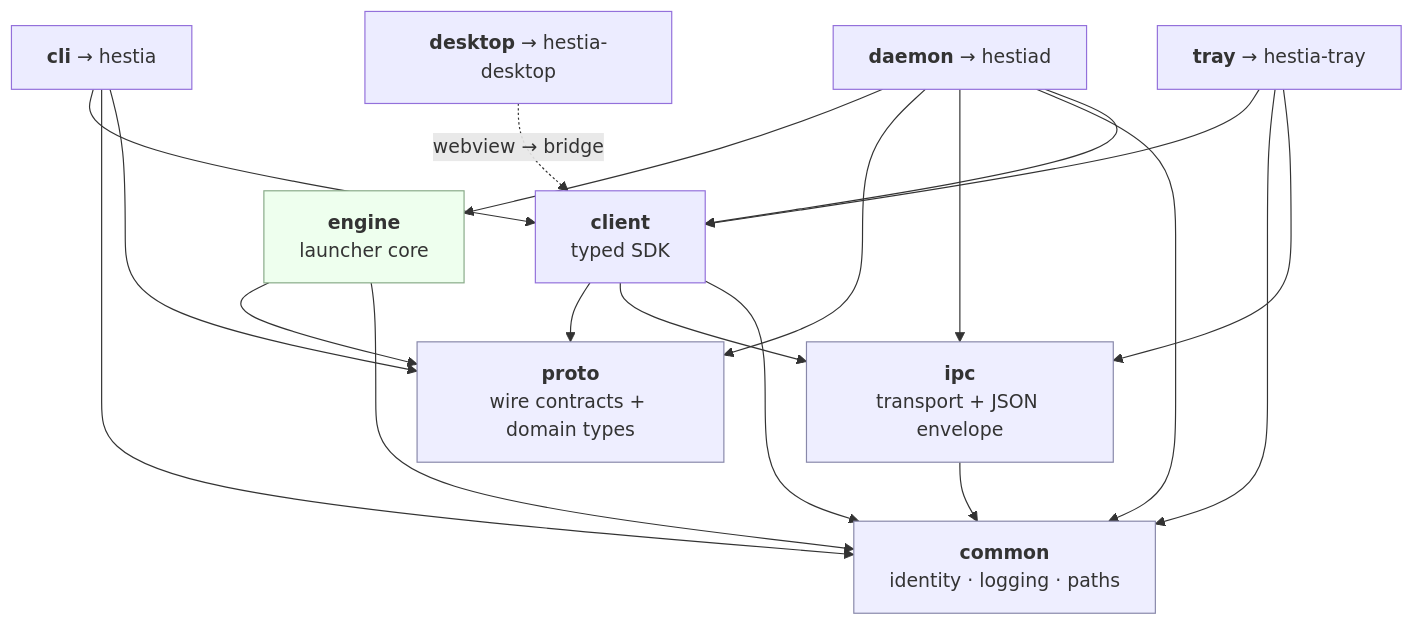
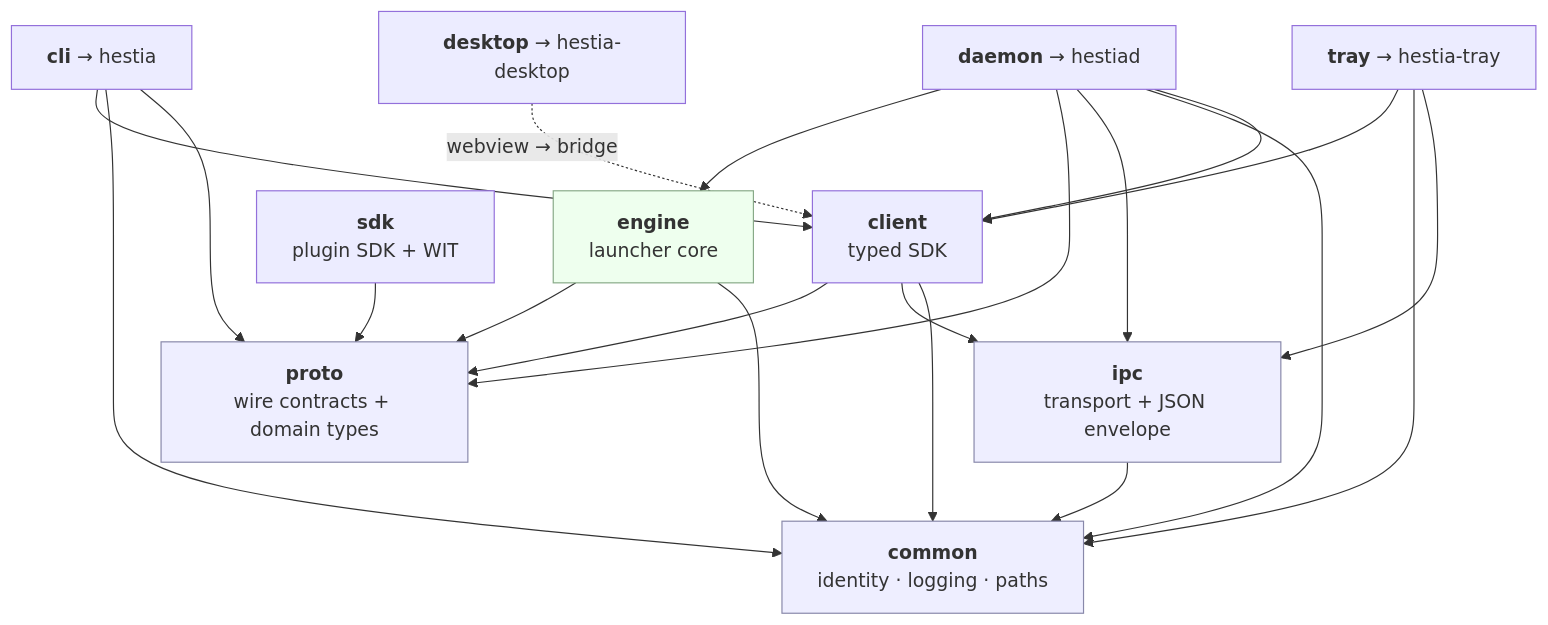
Before and after one commit to prytaneum/hestia: the second of 3 diagrams in docs/architecture.md, drawn with Mermaid. The commit also changed other lines of this file and 1 other file, not shown here.

Commit message:
docs(plugins): add the plugins architecture page

````diff
--- a/docs/architecture.md
+++ b/docs/architecture.md
@@ -71,25 +71,27 @@
 ```mermaid
 flowchart TD
     proto["<b>proto</b><br/>wire contracts + domain types"]
     ipc["<b>ipc</b><br/>transport + JSON envelope"]
     common["<b>common</b><br/>identity · logging · paths"]
     client["<b>client</b><br/>typed SDK"]
     engine["<b>engine</b><br/>launcher core"]
     cli["<b>cli</b> → hestia"]
     daemon["<b>daemon</b> → hestiad"]
     desktop["<b>desktop</b> → hestia-desktop"]
+    sdk["<b>sdk</b><br/>plugin SDK + WIT"]
     tray["<b>tray</b> → hestia-tray"]
 
     client --> proto & ipc & common
+    sdk --> proto
     ipc --> common
     engine --> proto & common
     cli --> client & common & proto
     daemon --> engine & proto & ipc & common & client
     tray --> client & common & ipc
     desktop -.->|"webview → bridge"| client
 
     classDef leaf fill:#eef,stroke:#88a
     classDef core fill:#efe,stroke:#8a8
     class proto,ipc,common leaf
     class engine core
 ```
````
